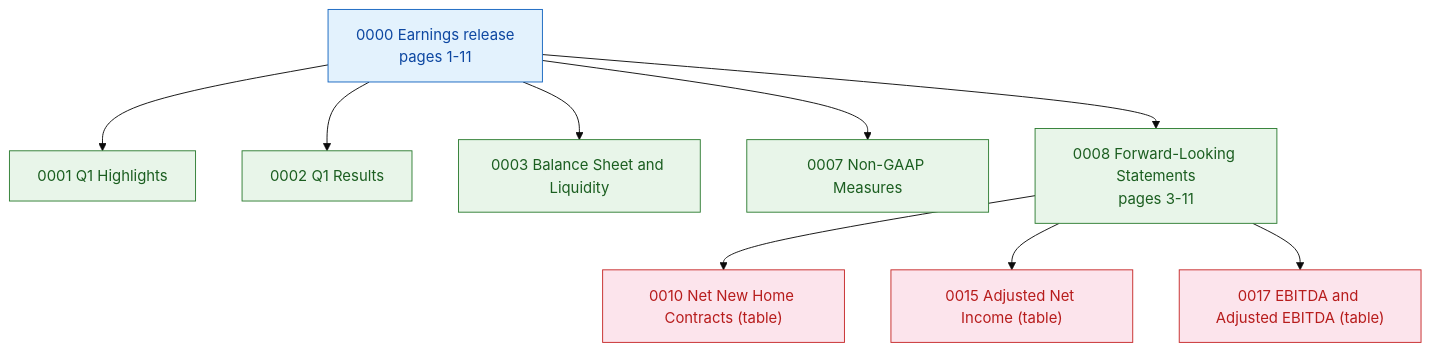
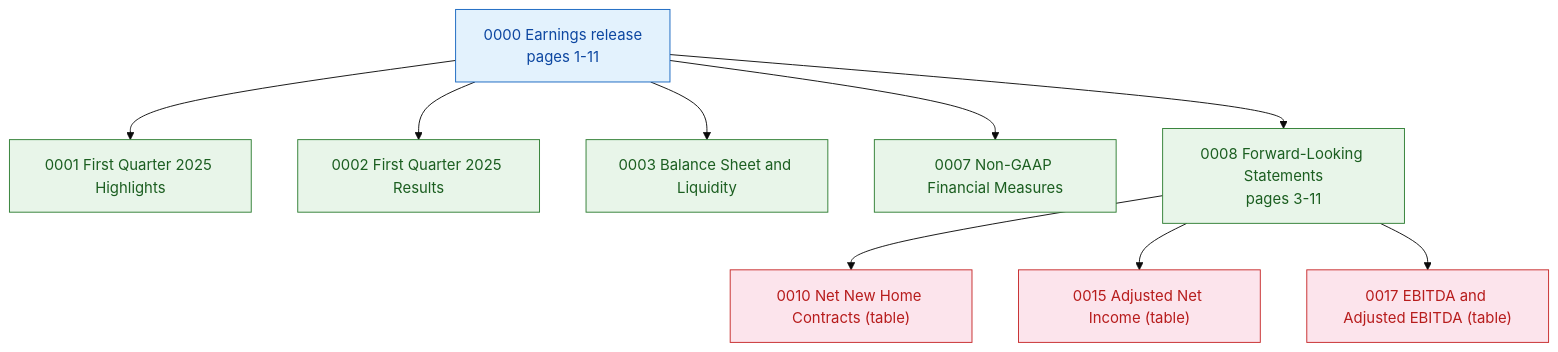
Before and after one commit to CogKnowEdge-Solutions/Context-Memory-Layer: the third of 8 diagrams in RAG-Labs/section-5-vectorless/lab-09-vectorless-rag/vectorless_rag.md, drawn with Mermaid (base theme). The commit also changed other lines of this file and 80 other files, not shown here.

````diff
--- a/RAG-Labs/section-5-vectorless/lab-09-vectorless-rag/vectorless_rag.md
+++ b/RAG-Labs/section-5-vectorless/lab-09-vectorless-rag/vectorless_rag.md
@@ -76,22 +94,22 @@
 ```mermaid
 graph TD
     R["0000 Earnings release<br/>pages 1-11"]
-    R --> H["0001 Q1 Highlights"]
-    R --> Q["0002 Q1 Results"]
+    R --> H["0001 First Quarter 2025 Highlights"]
+    R --> Q["0002 First Quarter 2025 Results"]
     R --> L["0003 Balance Sheet and Liquidity"]
-    R --> N["0007 Non-GAAP Measures"]
+    R --> N["0007 Non-GAAP Financial Measures"]
     R --> F["0008 Forward-Looking Statements<br/>pages 3-11"]
     F --> T1["0010 Net New Home Contracts (table)"]
     F --> T2["0015 Adjusted Net Income (table)"]
     F --> T3["0017 EBITDA and Adjusted EBITDA (table)"]
 
     style R fill:#e3f2fd,stroke:#1565c0,color:#0d47a1
     style H fill:#e8f5e9,stroke:#2e7d32,color:#1b5e20
     style Q fill:#e8f5e9,stroke:#2e7d32,color:#1b5e20
     style L fill:#e8f5e9,stroke:#2e7d32,color:#1b5e20
     style N fill:#e8f5e9,stroke:#2e7d32,color:#1b5e20
     style F fill:#e8f5e9,stroke:#2e7d32,color:#1b5e20
     style T1 fill:#fce4ec,stroke:#c62828,color:#b71c1c
     style T2 fill:#fce4ec,stroke:#c62828,color:#b71c1c
     style T3 fill:#fce4ec,stroke:#c62828,color:#b71c1c
 ```
````
